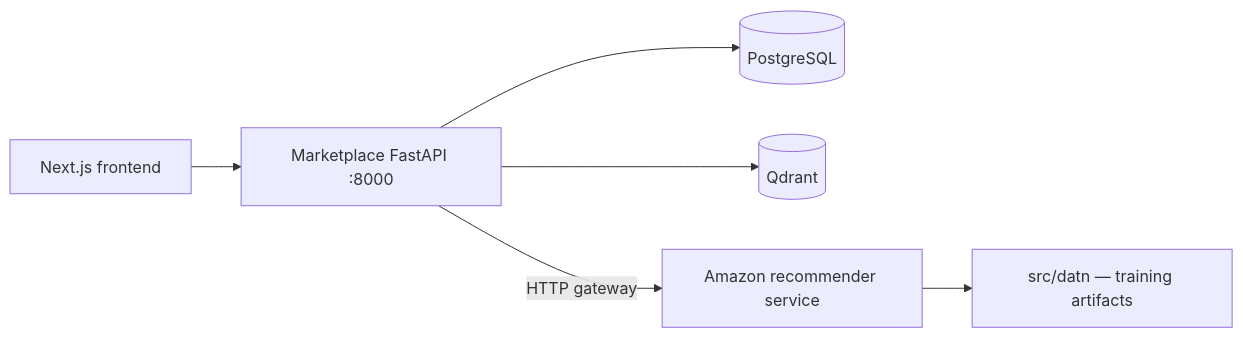
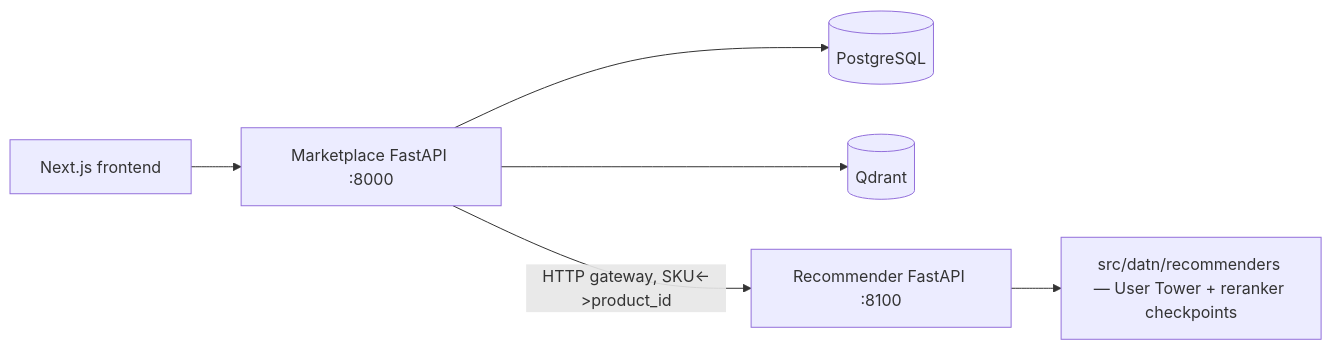
The diagram in docs/web/07-marketplace-backend.md (NguyenVanTien204/Multimodal-Product-Recommendation-System), drawn with Mermaid before and after one commit. The commit also changed other lines of this file and 56 other files, not shown here.

Commit message:
feat: add core marketplace backend, recommender service, and web application components

````diff
--- a/docs/web/07-marketplace-backend.md
+++ b/docs/web/07-marketplace-backend.md
@@ -7,8 +7,8 @@
 ```mermaid
 flowchart LR
   Next[Next.js frontend] --> Market[Marketplace FastAPI :8000]
   Market --> PG[(PostgreSQL)]
   Market --> Q[(Qdrant)]
-  Market -->|HTTP gateway| Rec[Amazon recommender service]
-  Rec --> Train[src/datn — training artifacts]
+  Market -->|HTTP gateway, SKU<->product_id| Rec[Recommender FastAPI :8100]
+  Rec --> Train[src/datn/recommenders — User Tower + reranker checkpoints]
 ```
````
